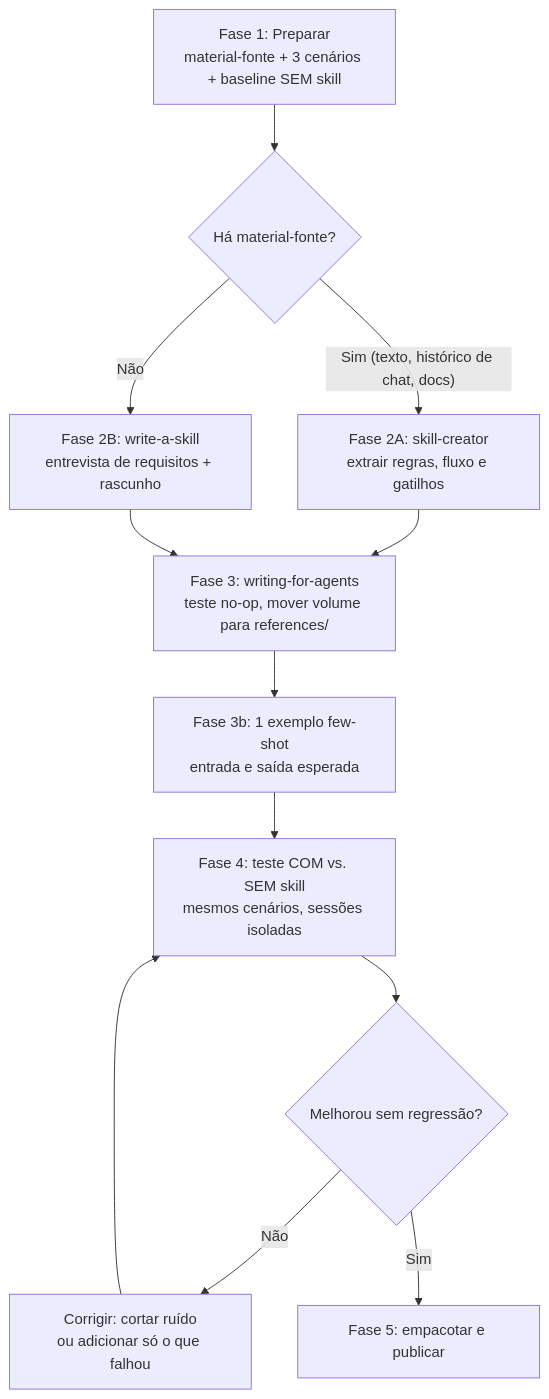
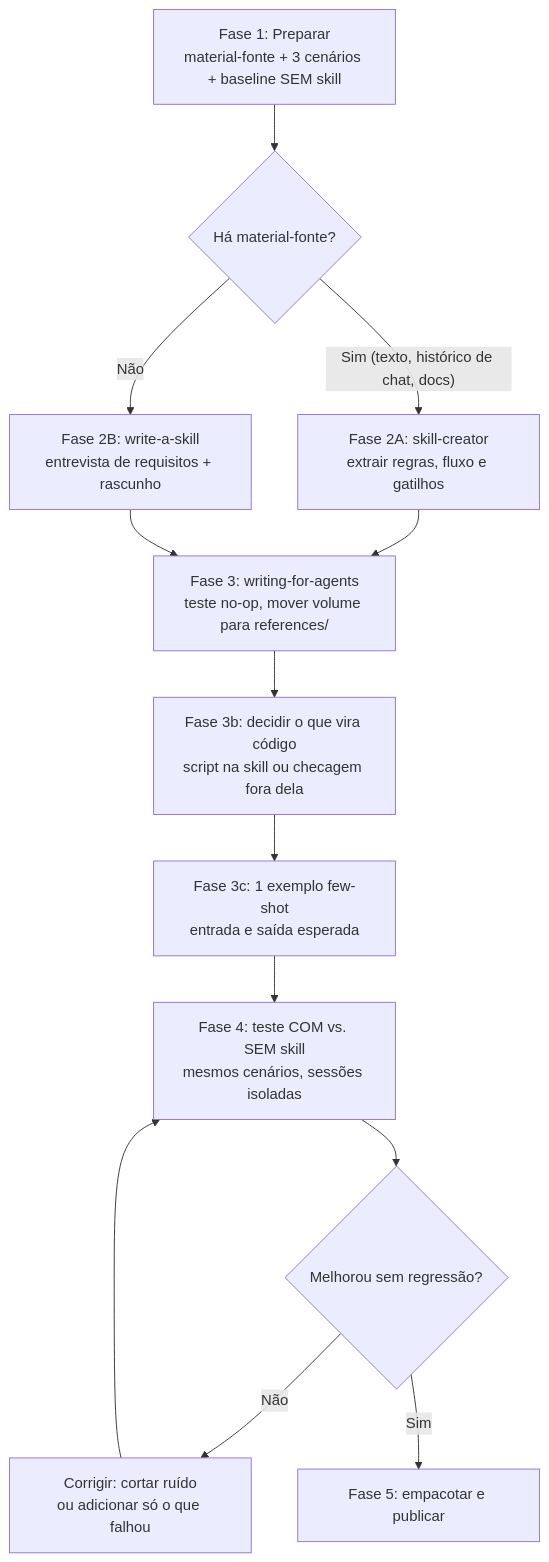
Before and after one commit to vitorguimaraes/guia-de-criacao-de-skills: the diagram in README.md, drawn with Mermaid. The commit also changed other lines of this file, not shown here.

````diff
--- a/README.md
+++ b/README.md
@@ -15,14 +15,15 @@
 ```mermaid
 flowchart TD
     A["Fase 1: Preparar<br/>material-fonte + 3 cenários + baseline SEM skill"] --> B{"Há material-fonte?"}
     B -- "Sim (texto, histórico de chat, docs)" --> C["Fase 2A: skill-creator<br/>extrair regras, fluxo e gatilhos"]
     B -- "Não" --> D["Fase 2B: write-a-skill<br/>entrevista de requisitos + rascunho"]
     C --> E["Fase 3: writing-for-agents<br/>teste no-op, mover volume para references/"]
     D --> E
-    E --> F["Fase 3b: 1 exemplo few-shot<br/>entrada e saída esperada"]
+    E --> K["Fase 3b: decidir o que vira código<br/>script na skill ou checagem fora dela"]
+    K --> F["Fase 3c: 1 exemplo few-shot<br/>entrada e saída esperada"]
     F --> G["Fase 4: teste COM vs. SEM skill<br/>mesmos cenários, sessões isoladas"]
     G --> H{"Melhorou sem regressão?"}
     H -- "Não" --> I["Corrigir: cortar ruído<br/>ou adicionar só o que falhou"]
     I --> G
     H -- "Sim" --> J["Fase 5: empacotar e publicar"]
 ```
````
